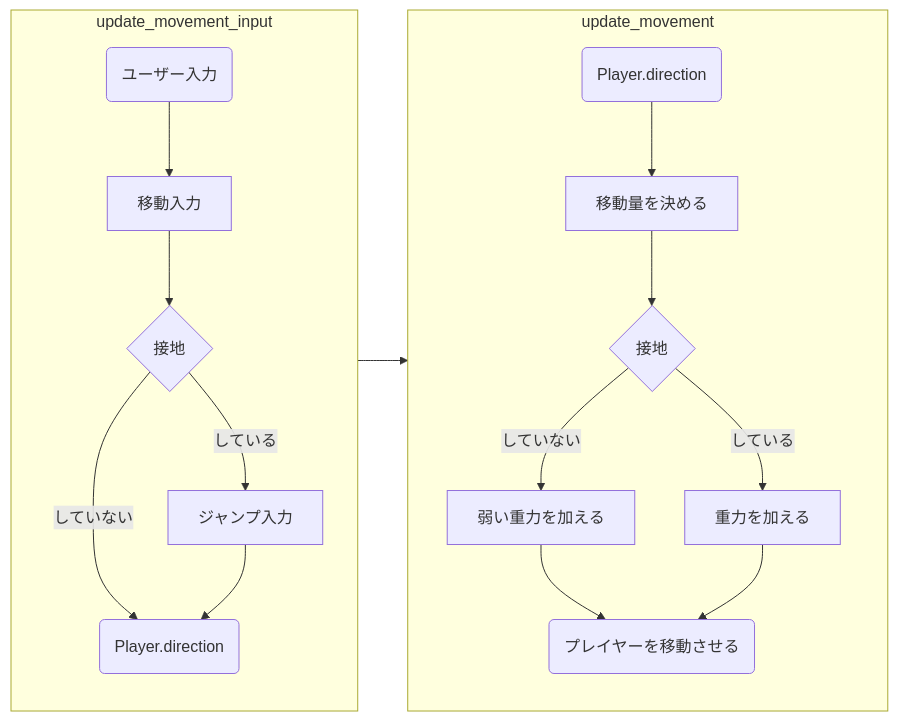
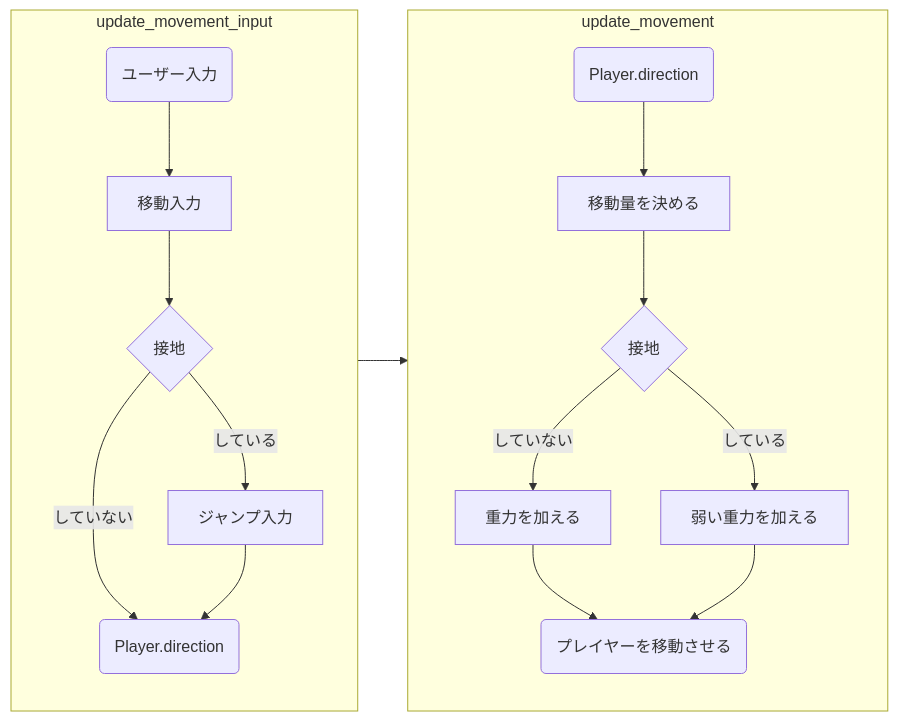
The diagram in src/game/player/movement.md (monax-owo/bevy_fps), drawn with Mermaid before and after one commit. The commit also changed 1 other file, not shown here.

````diff
--- a/src/game/player/movement.md
+++ b/src/game/player/movement.md
@@ -1,30 +1,30 @@
 ```mermaid
 %% 書き方が合ってるかわからない
 %% そもそもフローチャートが何なのか知らない
 
 graph LR
 subgraph S1["update_movement_input"]
   direction TB
   A1(ユーザー入力) --> A2
   A2[移動入力]--> A3
 
   A3{接地}
   A3 -->|していない| A5
   A3 -->|している| A4[ジャンプ入力]--> A5
 
   A5(Player.direction)
 end
 
 subgraph S2["update_movement"]
   direction TB
   B1(Player.direction) --> B2
   B2[移動量を決める] --> B3
 
   B3{接地}
-  B3 -->|していない| B4[弱い重力を加える] --> B6
-  B3 -->|している| B5[重力を加える] --> B6
+  B3 -->|していない| B4[重力を加える] --> B6
+  B3 -->|している| B5[弱い重力を加える] --> B6
 
   B6(プレイヤーを移動させる)
 end
 S1 --> S2
 ```
````
